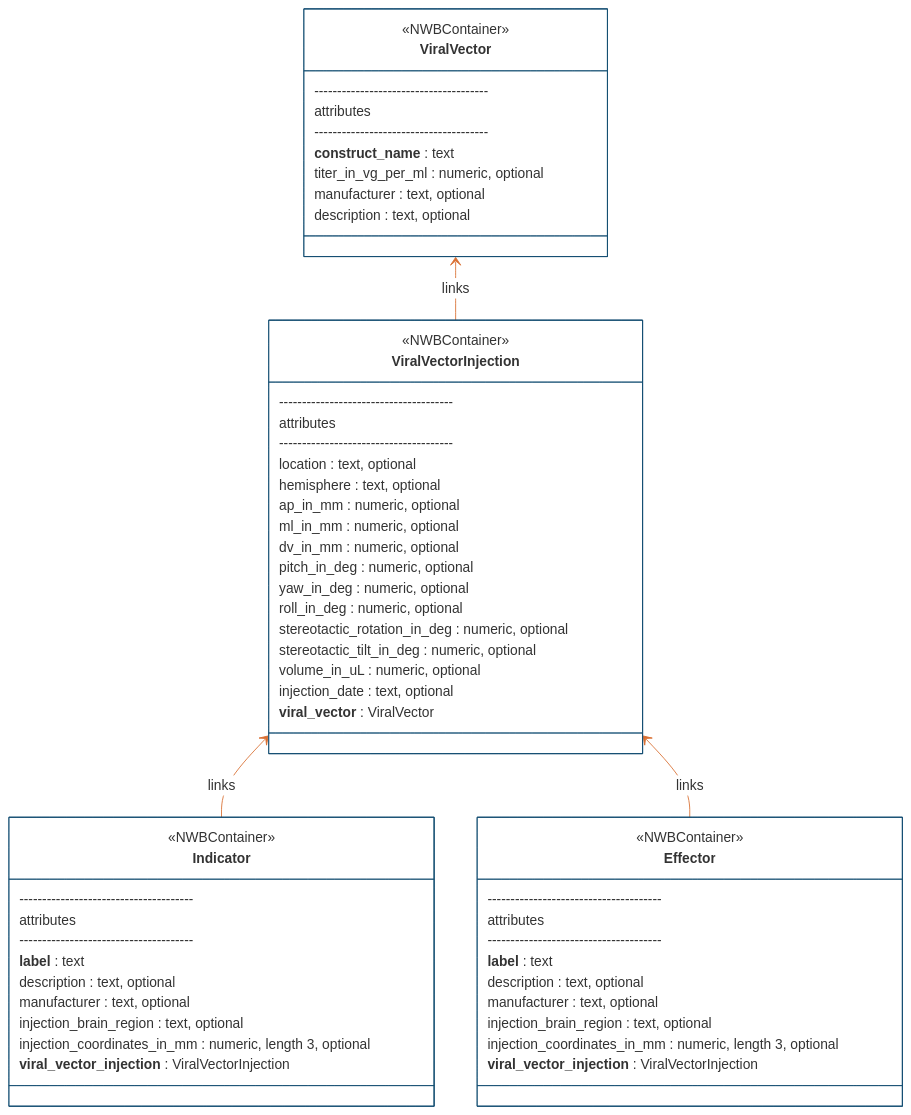
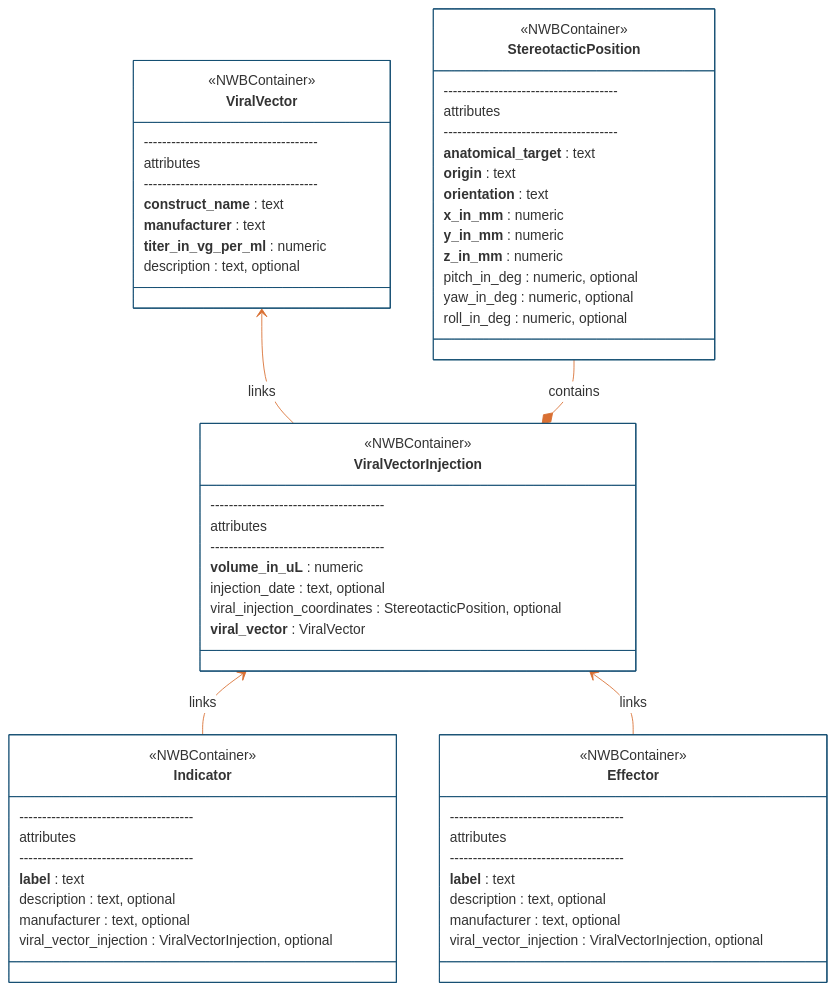
One commit to catalystneuro/ndx-ophys-devices changed the first of 4 diagrams in README.md. Above: the diagram before and after it, drawn with Mermaid. The commit also changed other lines of this file and 12 other files, not shown here.

````diff
--- a/README.md
+++ b/README.md
@@ -324,61 +330,65 @@
 ```mermaid
 %%{init: {'theme': 'base', 'themeVariables': {'primaryColor': '#ffffff', 'primaryBorderColor': '#144E73', 'lineColor': '#D96F32'}}}%%
 classDiagram
     direction BT
     class ViralVector {
         <<NWBContainer>>
         --------------------------------------
         attributes
         --------------------------------------
         **construct_name** : text
-        titer_in_vg_per_ml : numeric, optional
-        manufacturer : text, optional
+        **manufacturer** : text
+        **titer_in_vg_per_ml** : numeric
         description : text, optional
+    }
+    class StereotacticPosition {
+        <<NWBContainer>>
+        --------------------------------------
+        attributes
+        --------------------------------------
+        **anatomical_target** : text
+        **origin** : text
+        **orientation** : text
+        **x_in_mm** : numeric
+        **y_in_mm** : numeric
+        **z_in_mm** : numeric
+        pitch_in_deg : numeric, optional
+        yaw_in_deg : numeric, optional
+        roll_in_deg : numeric, optional
     }
     class ViralVectorInjection {
         <<NWBContainer>>
         --------------------------------------
         attributes
         --------------------------------------
-        location : text, optional
-        hemisphere : text, optional
-        ap_in_mm : numeric, optional
-        ml_in_mm : numeric, optional
-        dv_in_mm : numeric, optional
-        pitch_in_deg : numeric, optional
-        yaw_in_deg : numeric, optional
-        roll_in_deg : numeric, optional
-        stereotactic_rotation_in_deg : numeric, optional
-        stereotactic_tilt_in_deg : numeric, optional
-        volume_in_uL : numeric, optional
+        **volume_in_uL** : numeric
         injection_date : text, optional
+        viral_injection_coordinates : StereotacticPosition, optional
         **viral_vector** : ViralVector
         }
     class Indicator {
         <<NWBContainer>>
         --------------------------------------
         attributes
         --------------------------------------
         **label** : text
         description : text, optional
         manufacturer : text, optional
-        injection_brain_region : text, optional
-        injection_coordinates_in_mm : numeric, length 3, optional
-        **viral_vector_injection** : ViralVectorInjection
+        viral_vector_injection : ViralVectorInjection, optional
     }
     class Effector {
         <<NWBContainer>>
         --------------------------------------
         attributes
         --------------------------------------
         **label** : text
         description : text, optional
         manufacturer : text, optional
-        injection_brain_region : text, optional
-        injection_coordinates_in_mm : numeric, length 3, optional
-        **viral_vector_injection** : ViralVectorInjection
+        viral_vector_injection : ViralVectorInjection, optional
     }
     Indicator --> ViralVectorInjection : links
     Effector --> ViralVectorInjection : links
     ViralVectorInjection --> ViralVector : links
+    ViralVectorInjection *-- StereotacticPosition : contains
+
 ```
````
